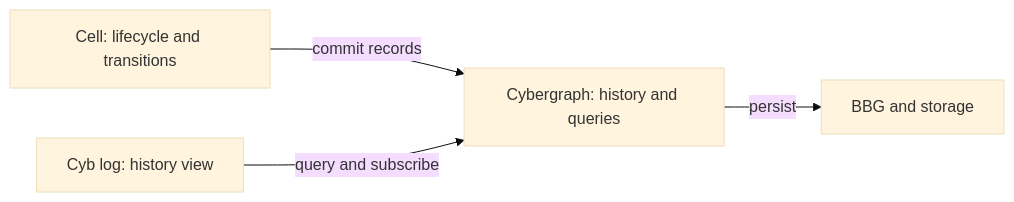
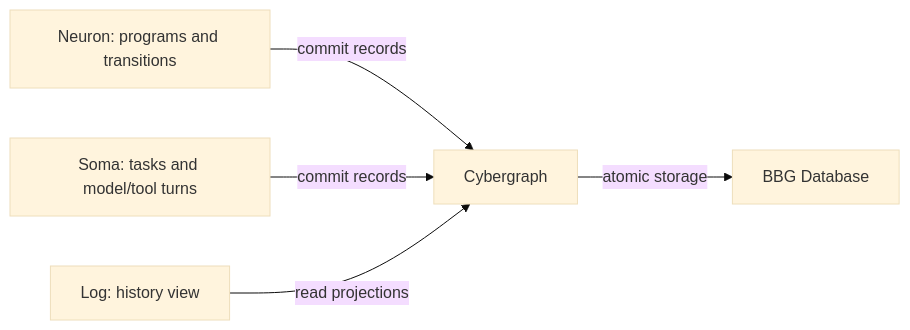
Before and after one commit to cyberia-to/neuron: the diagram in docs/history-ownership.md, drawn with Mermaid (base theme). The commit also changed other lines of this file and 13 other files, not shown here.

First line of the commit message:
docs: neuron README and working instructions, legacy cutover guide; move cell-era reports to audit/legacy-*

````diff
--- a/docs/history-ownership.md
+++ b/docs/history-ownership.md
@@ -16,6 +8,7 @@
 ```mermaid
 flowchart LR
-    C[Cell: lifecycle and transitions] -->|commit records| G[Cybergraph: history and queries]
-    G -->|persist| B[BBG and storage]
-    L[Cyb log: history view] -->|query and subscribe| G
+    N[Neuron: programs and transitions] -->|commit records| G[Cybergraph]
+    S[Soma: tasks and model/tool turns] -->|commit records| G
+    G -->|atomic storage| B[BBG Database]
+    L[Log: history view] -->|read projections| G
 ```
````
